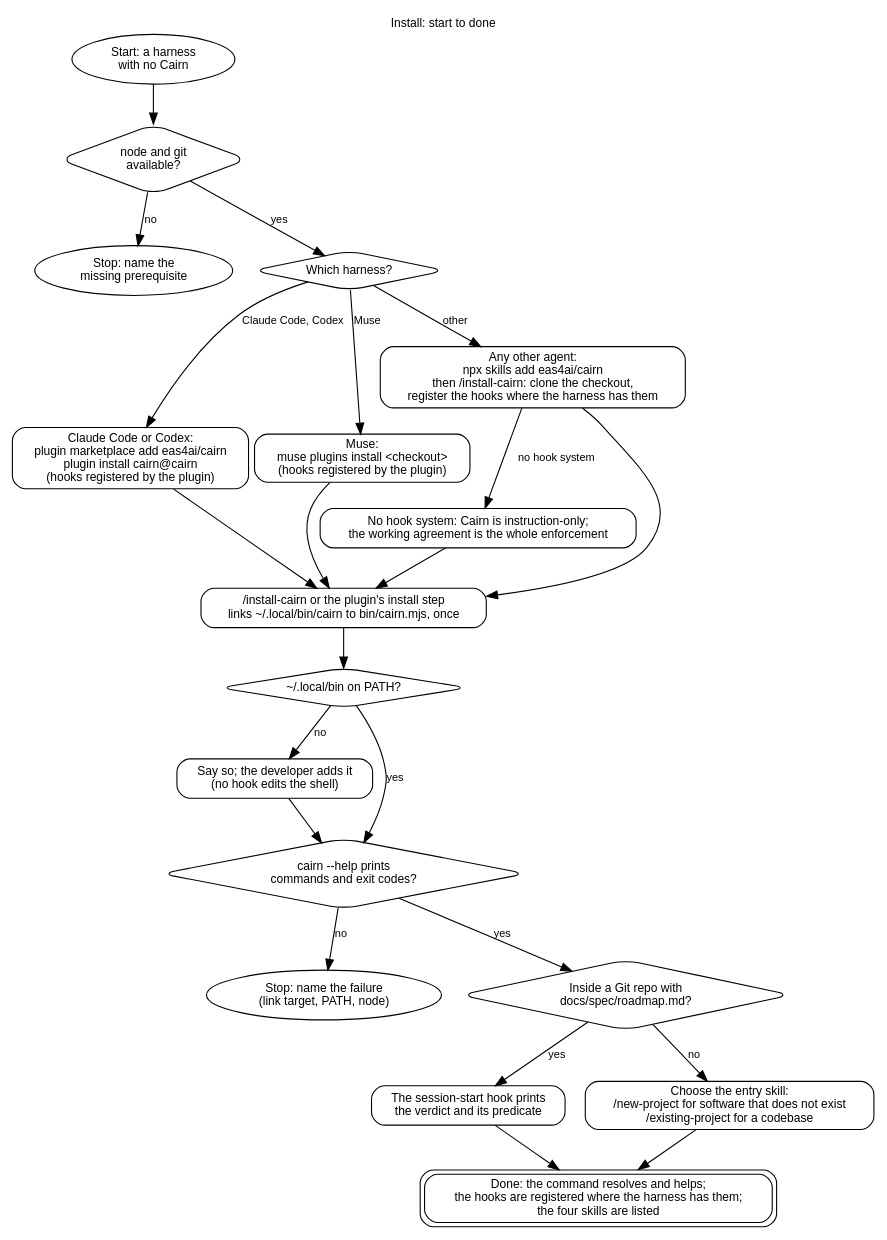
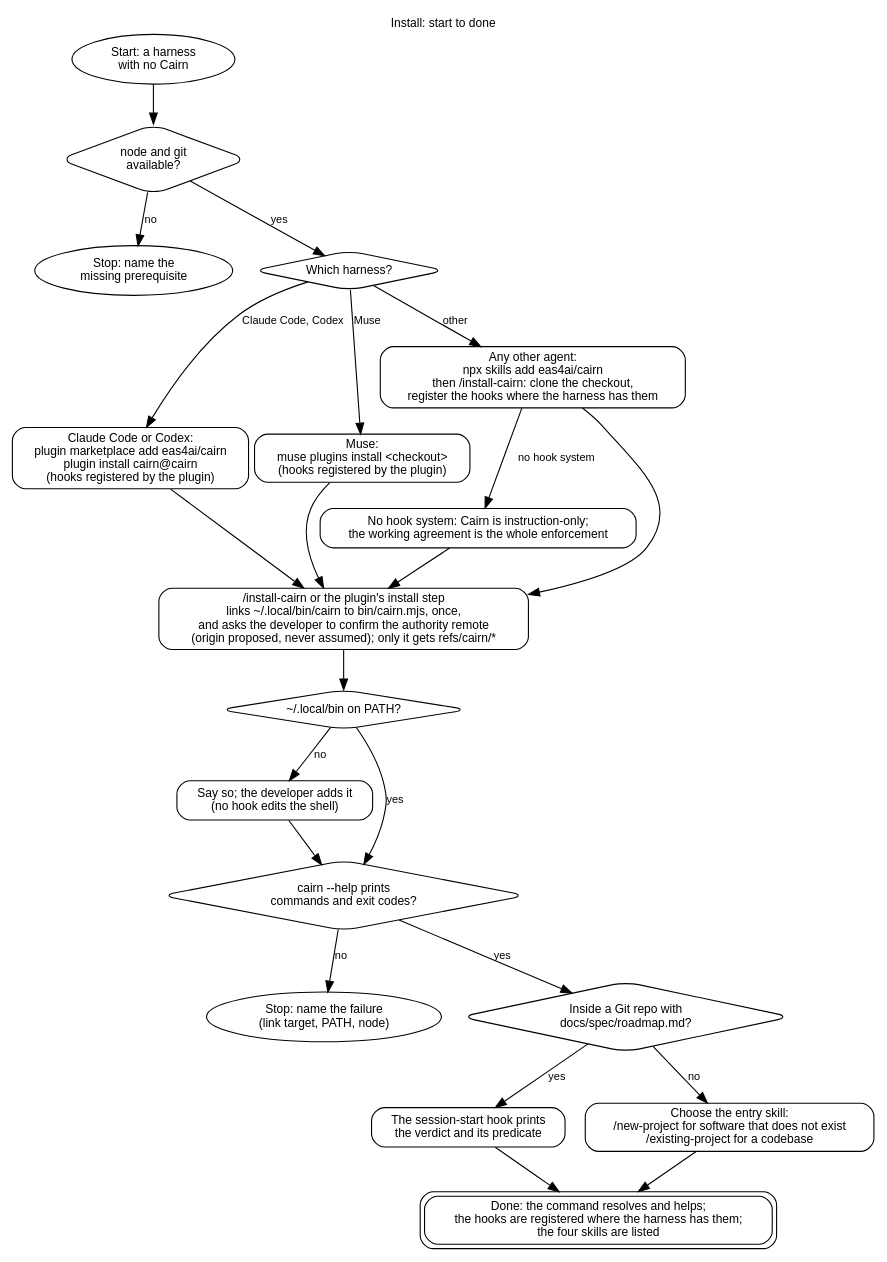
Before and after one commit to eas4ai/cairn: the diagram in docs/diagrams/install.dot, drawn with Graphviz. The commit also changed 8 other files, not shown here.

```diff
--- a/docs/diagrams/install.dot
+++ b/docs/diagrams/install.dot
@@ -1,44 +1,44 @@
 // Install: from a harness with no Cairn to a working command, hooks and skills.
 digraph install {
   rankdir=TB;
   graph [fontname="Helvetica", fontsize=11, labelloc=t, label="Install: start to done"];
   node  [shape=box, style=rounded, fontname="Helvetica", fontsize=11];
   edge  [fontname="Helvetica", fontsize=10];
 
   start [shape=oval, label="Start: a harness\nwith no Cairn"];
   prereq [shape=diamond, label="node and git\navailable?"];
   missing [shape=oval, label="Stop: name the\nmissing prerequisite"];
   harness [shape=diamond, label="Which harness?"];
   cc [label="Claude Code or Codex:\nplugin marketplace add eas4ai/cairn\nplugin install cairn@cairn\n(hooks registered by the plugin)"];
   muse [label="Muse:\nmuse plugins install <checkout>\n(hooks registered by the plugin)"];
   other [label="Any other agent:\nnpx skills add eas4ai/cairn\nthen /install-cairn: clone the checkout,\nregister the hooks where the harness has them"];
   nohooks [label="No hook system: Cairn is instruction-only;\nthe working agreement is the whole enforcement"];
-  link [label="/install-cairn or the plugin's install step\nlinks ~/.local/bin/cairn to bin/cairn.mjs, once"];
+  link [label="/install-cairn or the plugin's install step\nlinks ~/.local/bin/cairn to bin/cairn.mjs, once,\nand asks the developer to confirm the authority remote\n(origin proposed, never assumed); only it gets refs/cairn/*"];
   path [shape=diamond, label="~/.local/bin on PATH?"];
   addpath [label="Say so; the developer adds it\n(no hook edits the shell)"];
   help [shape=diamond, label="cairn --help prints\ncommands and exit codes?"];
   broken [shape=oval, label="Stop: name the failure\n(link target, PATH, node)"];
   project [shape=diamond, label="Inside a Git repo with\ndocs/spec/roadmap.md?"];
   wake [label="The session-start hook prints\nthe verdict and its predicate"];
   choose [label="Choose the entry skill:\n/new-project for software that does not exist\n/existing-project for a codebase"];
   done [shape=box, peripheries=2, label="Done: the command resolves and helps;\nthe hooks are registered where the harness has them;\nthe four skills are listed"];
 
   start -> prereq;
   prereq -> missing [label="no"];
   prereq -> harness [label="yes"];
   harness -> cc [label="Claude Code, Codex"];
   harness -> muse [label="Muse"];
   harness -> other [label="other"];
   other -> nohooks [label="no hook system"];
   cc -> link; muse -> link; other -> link; nohooks -> link;
   link -> path;
   path -> addpath [label="no"];
   path -> help [label="yes"];
   addpath -> help;
   help -> broken [label="no"];
   help -> project [label="yes"];
   project -> wake [label="yes"];
   project -> choose [label="no"];
   wake -> done;
   choose -> done;
 }
```
